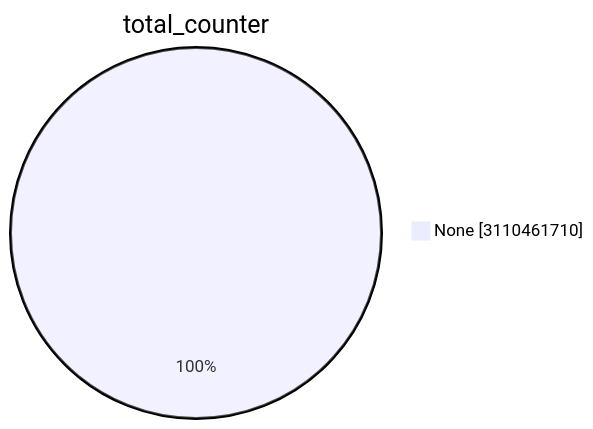
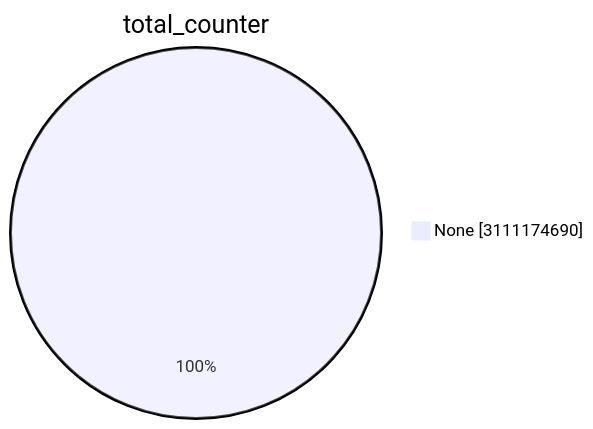
One commit to christiankrug/ctmonitor_visualization changed the first of 15 diagrams in TOTAL/README.md. Above: the diagram before and after it, drawn with Mermaid. The commit also changed other lines of this file, not shown here.

````diff
--- a/TOTAL/README.md
+++ b/TOTAL/README.md
@@ -1,5 +1,5 @@
 ```mermaid
 pie showData
 title total_counter
-"None" :3110461710
+"None" :3111174690
 ```
````
